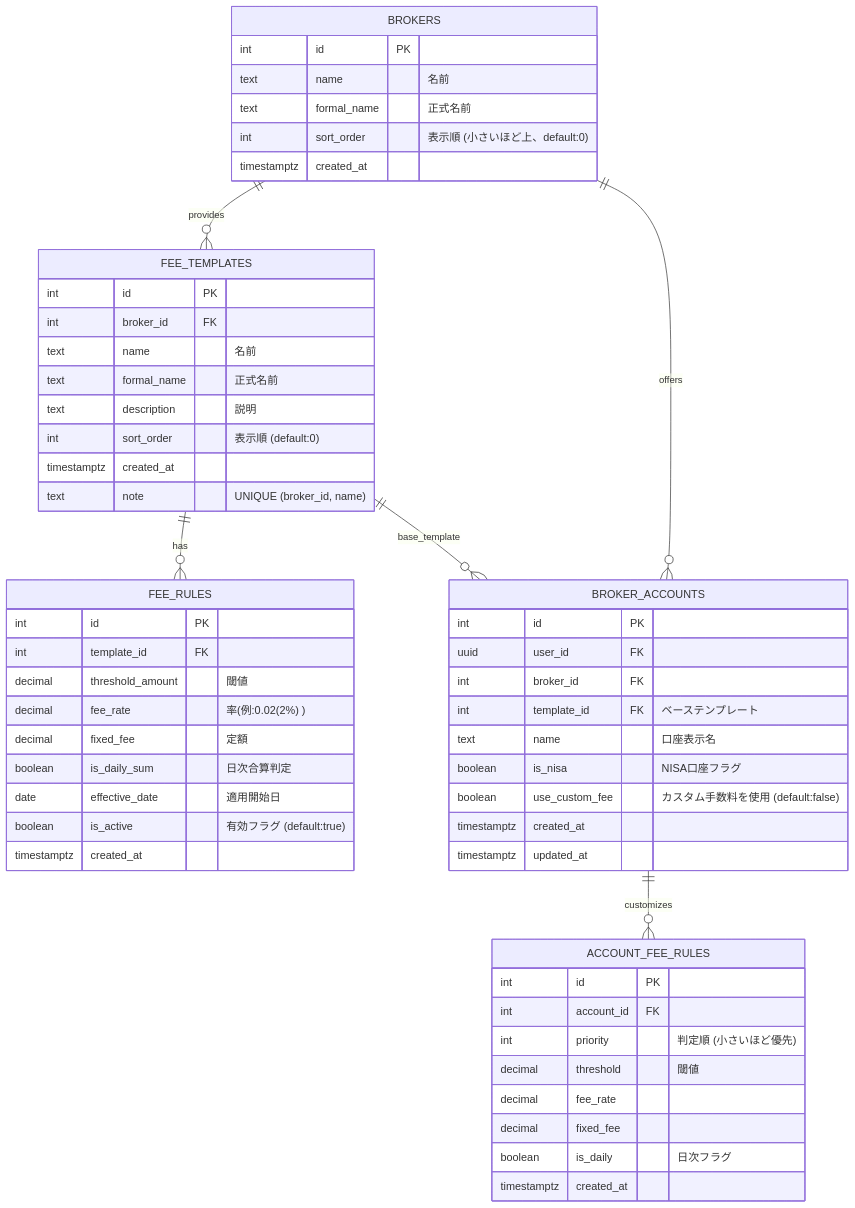
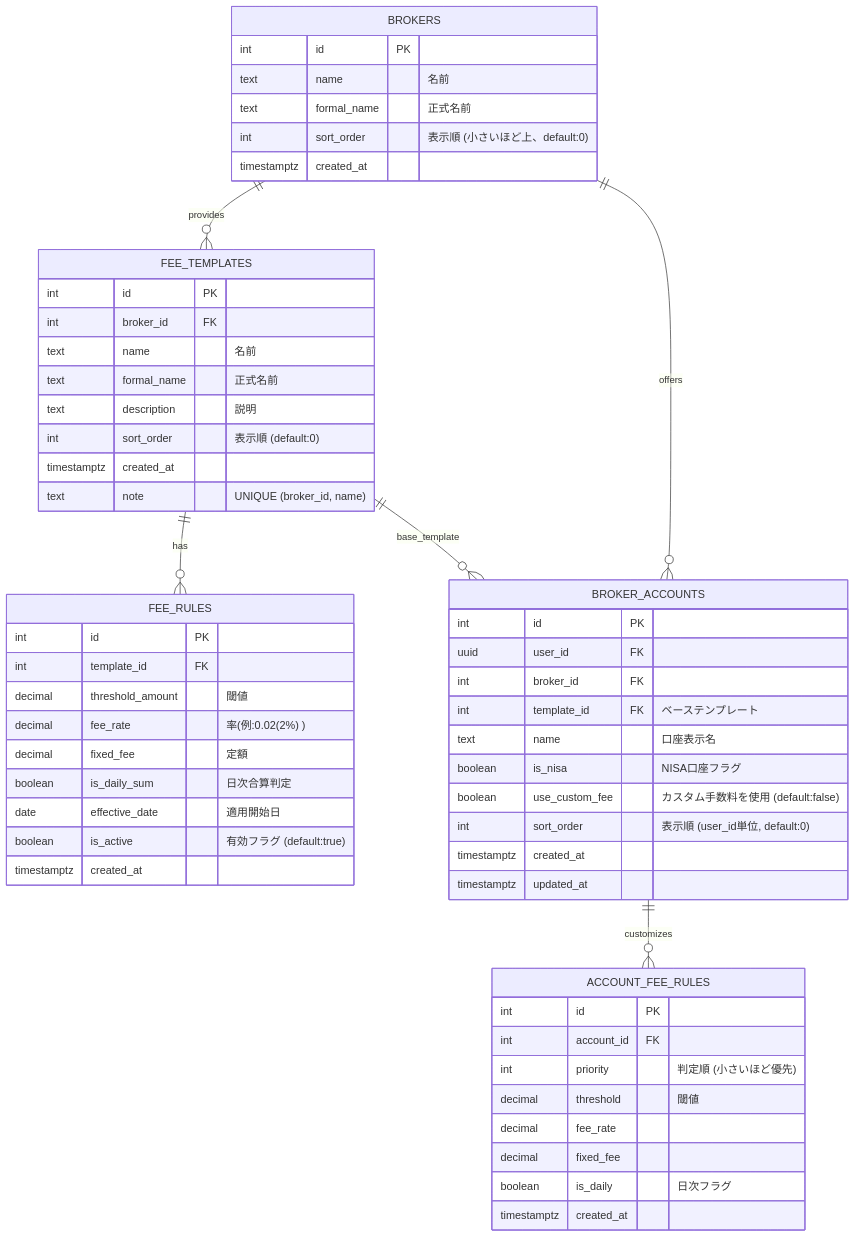
One commit to sickboy0001/kabu-trail changed the diagram in docs/04_db_proposals.md. Above: the diagram before and after it, drawn with Mermaid. The commit also changed other lines of this file and 31 other files, not shown here.

````diff
--- a/docs/04_db_proposals.md
+++ b/docs/04_db_proposals.md
@@ -82,63 +89,64 @@
 ```mermaid
 erDiagram
     %% 証券口座手数料モデル
     BROKERS ||--o{ FEE_TEMPLATES : "provides"
     FEE_TEMPLATES ||--o{ FEE_RULES : "has"
     BROKERS ||--o{ BROKER_ACCOUNTS : "offers"
     BROKER_ACCOUNTS ||--o{ ACCOUNT_FEE_RULES : "customizes"
     FEE_TEMPLATES ||--o{ BROKER_ACCOUNTS : "base_template"
 
     BROKERS {
         int id PK
         text name "名前"
         text formal_name "正式名前"
         int sort_order "表示順 (小さいほど上、default:0)"
         timestamptz created_at
     }
 
     FEE_TEMPLATES {
         int id PK
         int broker_id FK
         text name "名前"
         text formal_name "正式名前"
         text description "説明"
         int sort_order "表示順 (default:0)"
         timestamptz created_at
         text note "UNIQUE (broker_id, name)"
     }
 
     FEE_RULES {
         int id PK
         int template_id FK
         decimal threshold_amount "閾値"
         decimal fee_rate "率(例:0.02(2%) )"
         decimal fixed_fee "定額"
         boolean is_daily_sum "日次合算判定"
         date effective_date "適用開始日"
         boolean is_active "有効フラグ (default:true)"
         timestamptz created_at
     }
 
     BROKER_ACCOUNTS {
         int id PK
         uuid user_id FK
         int broker_id FK
         int template_id FK "ベーステンプレート"
         text name "口座表示名"
         boolean is_nisa "NISA口座フラグ"
         boolean use_custom_fee "カスタム手数料を使用 (default:false)"
+        int sort_order "表示順 (user_id単位, default:0)"
         timestamptz created_at
         timestamptz updated_at
     }
 
     ACCOUNT_FEE_RULES {
         int id PK
         int account_id FK
         int priority "判定順 (小さいほど優先)"
         decimal threshold "閾値"
         decimal fee_rate
         decimal fixed_fee
         boolean is_daily "日次フラグ"
         timestamptz created_at
     }
 ```
````
